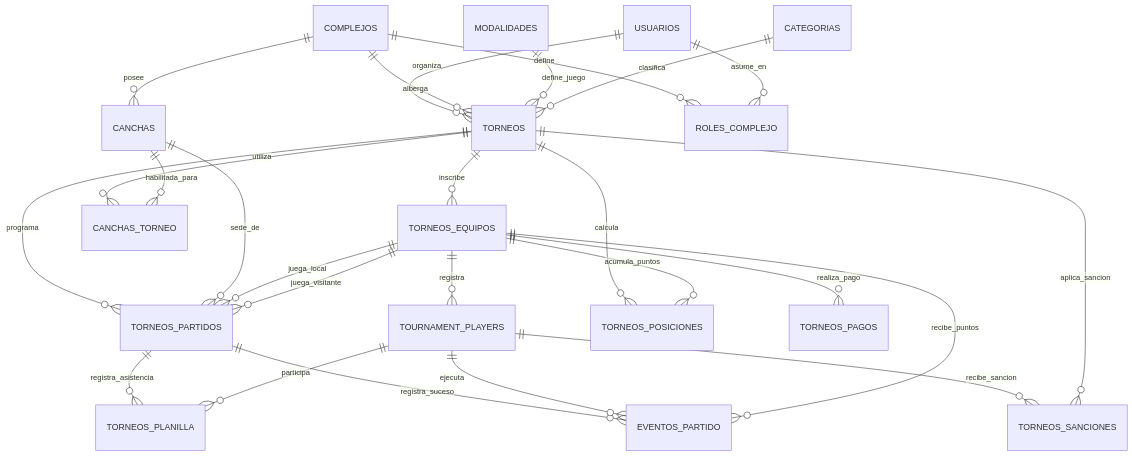
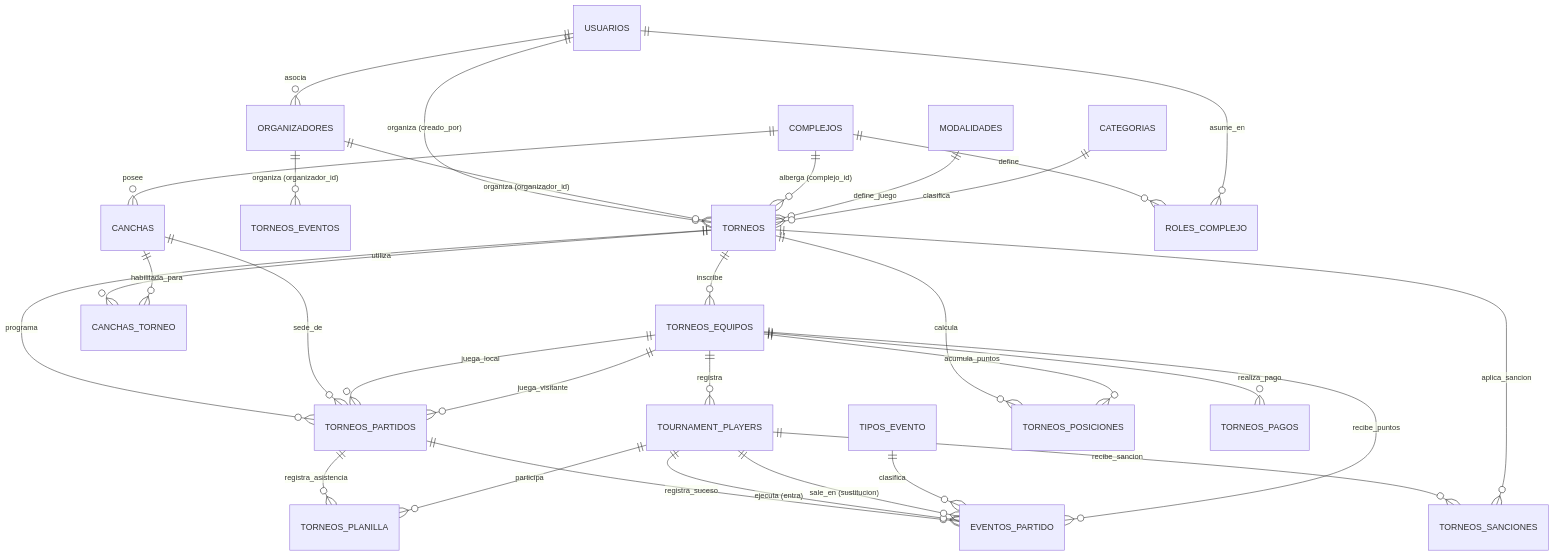
The diagram in MER_TORNEOS_DEPORTIVOS.md (lprafael/sist_base), drawn with Mermaid before and after one commit. The commit also changed other lines of this file and 77 other files, not shown here.

````diff
--- a/MER_TORNEOS_DEPORTIVOS.md
+++ b/MER_TORNEOS_DEPORTIVOS.md
@@ -9,28 +10,33 @@
 ```mermaid
 erDiagram
-    USUARIOS ||--o{ TORNEOS : "organiza"
-    COMPLEJOS ||--o{ TORNEOS : "alberga"
+    USUARIOS ||--o{ TORNEOS : "organiza (creado_por)"
+    USUARIOS ||--o{ ORGANIZADORES : "asocia"
+    ORGANIZADORES ||--o{ TORNEOS : "organiza (organizador_id)"
+    ORGANIZADORES ||--o{ TORNEOS_EVENTOS : "organiza (organizador_id)"
+    COMPLEJOS ||--o{ TORNEOS : "alberga (complejo_id)"
     COMPLEJOS ||--o{ CANCHAS : "posee"
     COMPLEJOS ||--o{ ROLES_COMPLEJO : "define"
     USUARIOS ||--o{ ROLES_COMPLEJO : "asume_en"
     MODALIDADES ||--o{ TORNEOS : "define_juego"
     CATEGORIAS ||--o{ TORNEOS : "clasifica"
     TORNEOS ||--o{ TORNEOS_EQUIPOS : "inscribe"
     TORNEOS_EQUIPOS ||--o{ TOURNAMENT_PLAYERS : "registra"
     TORNEOS ||--o{ TORNEOS_PARTIDOS : "programa"
     CANCHAS ||--o{ TORNEOS_PARTIDOS : "sede_de"
     TORNEOS_EQUIPOS ||--o{ TORNEOS_PARTIDOS : "juega_local"
     TORNEOS_EQUIPOS ||--o{ TORNEOS_PARTIDOS : "juega_visitante"
     TORNEOS_PARTIDOS ||--o{ TORNEOS_PLANILLA : "registra_asistencia"
     TOURNAMENT_PLAYERS ||--o{ TORNEOS_PLANILLA : "participa"
     TORNEOS_PARTIDOS ||--o{ EVENTOS_PARTIDO : "registra_suceso"
-    TOURNAMENT_PLAYERS ||--o{ EVENTOS_PARTIDO : "ejecuta"
+    TOURNAMENT_PLAYERS ||--o{ EVENTOS_PARTIDO : "ejecuta (entra)"
+    TOURNAMENT_PLAYERS ||--o{ EVENTOS_PARTIDO : "sale_en (sustitucion)"
+    TIPOS_EVENTO ||--o{ EVENTOS_PARTIDO : "clasifica"
     TORNEOS_EQUIPOS ||--o{ EVENTOS_PARTIDO : "recibe_puntos"
     TORNEOS ||--o{ TORNEOS_POSICIONES : "calcula"
     TORNEOS_EQUIPOS ||--o{ TORNEOS_POSICIONES : "acumula_puntos"
     TORNEOS ||--o{ CANCHAS_TORNEO : "utiliza"
     CANCHAS ||--o{ CANCHAS_TORNEO : "habilitada_para"
     TOURNAMENT_PLAYERS ||--o{ TORNEOS_SANCIONES : "recibe_sancion"
     TORNEOS ||--o{ TORNEOS_SANCIONES : "aplica_sancion"
     TORNEOS_EQUIPOS ||--o{ TORNEOS_PAGOS : "realiza_pago"
 ```
````
